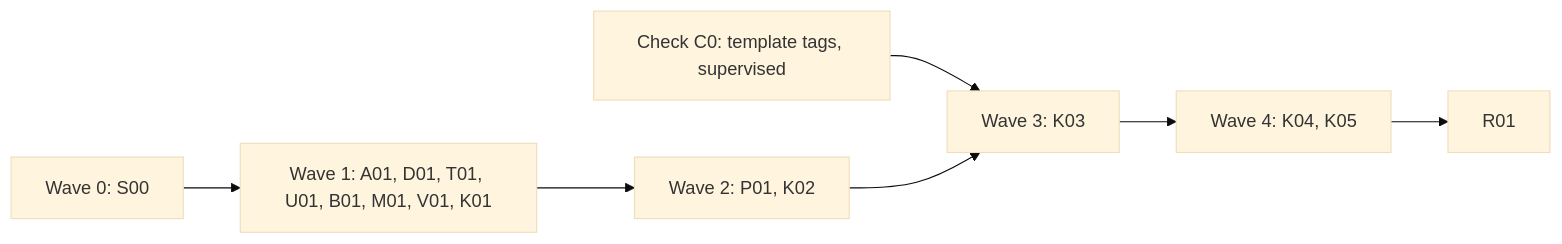
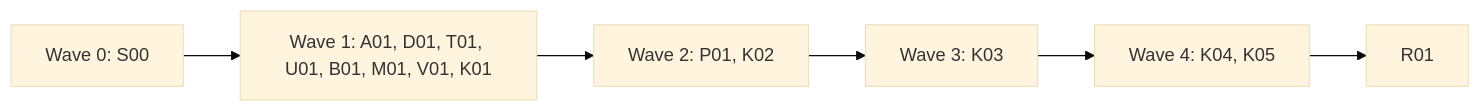
Before and after one commit to alfhen/pingwright: the first of 2 diagrams in docs/plan-0.5.md, drawn with Mermaid (base theme). The commit also changed other lines of this file, not shown here.

````diff
--- a/docs/plan-0.5.md
+++ b/docs/plan-0.5.md
@@ -104,9 +104,8 @@
 ```mermaid
 flowchart LR
-  C[Check C0: template tags, supervised] --> W3
   W0[Wave 0: S00] --> W1[Wave 1: A01, D01, T01, U01, B01, M01, V01, K01]
   W1 --> W2[Wave 2: P01, K02]
   W2 --> W3[Wave 3: K03]
   W3 --> W4[Wave 4: K04, K05]
   W4 --> R[R01]
 ```
````
